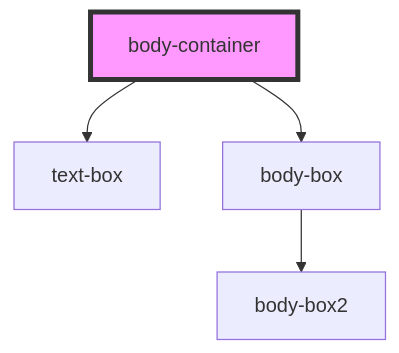
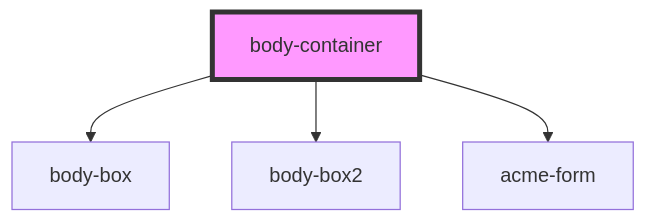
One commit to LucaArgentieri/ACME-Enterprise changed the diagram in src/components/body-container/readme.md. Above: the diagram before and after it, drawn with Mermaid. The commit also changed other lines of this file and 19 other files, not shown here.

````diff
--- a/src/components/body-container/readme.md
+++ b/src/components/body-container/readme.md
@@ -16,7 +17,7 @@
 ```mermaid
 graph TD;
-  body-container --> text-box
   body-container --> body-box
-  body-box --> body-box2
+  body-container --> body-box2
+  body-container --> acme-form
   style body-container fill:#f9f,stroke:#333,stroke-width:4px
 ```
````
